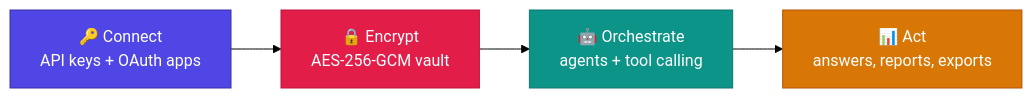
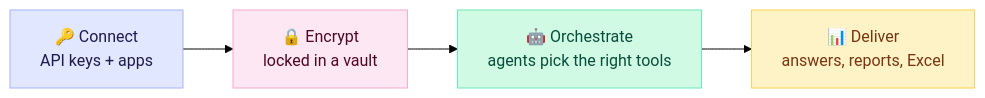
Before and after one commit to sowaxer/quivo-app: the first of 5 diagrams in README.md, drawn with Mermaid (forest theme). The commit also changed other lines of this file, not shown here.

Commit message:
README: plain-English intro, pastel diagrams, code highlights section

````diff
--- a/README.md
+++ b/README.md
@@ -40,15 +64,14 @@
 ```mermaid
 flowchart LR
-    A["🔑 Connect<br/>API keys + OAuth apps"] --> B["🔒 Encrypt<br/>AES-256-GCM vault"]
-    B --> C["🤖 Orchestrate<br/>agents + tool calling"]
-    C --> D["📊 Act<br/>answers, reports, exports"]
-    classDef indigo fill:#4F46E5,stroke:#3730A3,color:#fff
-    classDef teal fill:#0D9488,stroke:#0F766E,color:#fff
-    classDef amber fill:#D97706,stroke:#B45309,color:#fff
-    classDef rose fill:#E11D48,stroke:#BE123C,color:#fff
-    classDef slate fill:#334155,stroke:#1E293B,color:#fff
-    class A indigo
-    class B rose
-    class C teal
-    class D amber
+    A["🔑 Connect<br/>API keys + apps"] --> B["🔒 Encrypt<br/>locked in a vault"]
+    B --> C["🤖 Orchestrate<br/>agents pick the right tools"]
+    C --> D["📊 Deliver<br/>answers, reports, Excel"]
+    classDef p1 fill:#E0E7FF,stroke:#A5B4FC,color:#1E1B4B
+    classDef p2 fill:#FCE7F3,stroke:#F9A8D4,color:#500724
+    classDef p3 fill:#D1FAE5,stroke:#6EE7B7,color:#064E3B
+    classDef p4 fill:#FEF3C7,stroke:#FCD34D,color:#78350F
+    class A p1
+    class B p2
+    class C p3
+    class D p4
 ```
````
